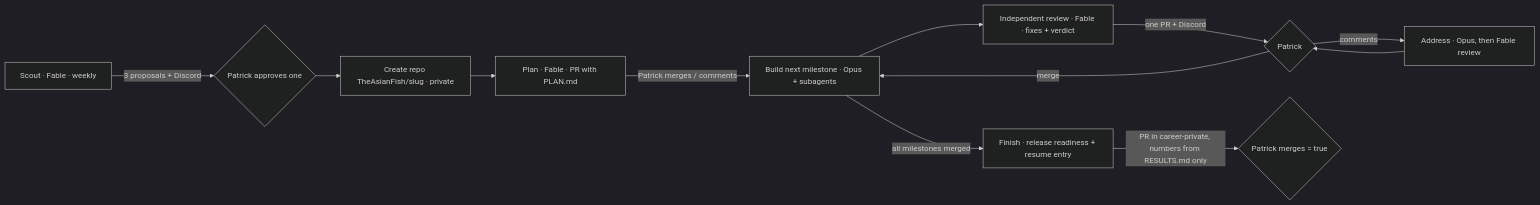
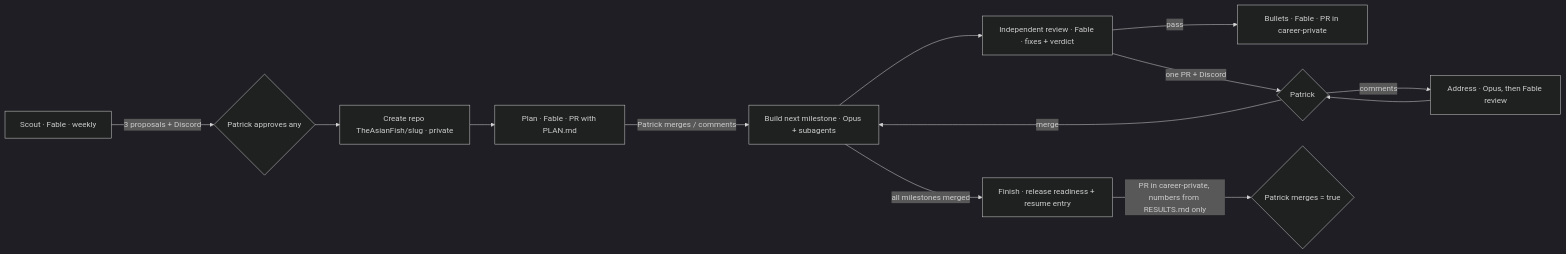
One commit to TheAsianFish/job-finder changed the diagram in docs/project-builder.md. Above: the diagram before and after it, drawn with Mermaid (dark theme). The commit also changed other lines of this file and 13 other files, not shown here.

````diff
--- a/docs/project-builder.md
+++ b/docs/project-builder.md
@@ -10,14 +10,15 @@
 ```mermaid
 flowchart LR
-  S[Scout · Fable · weekly] -->|3 proposals + Discord| P{Patrick approves one}
+  S[Scout · Fable · weekly] -->|3 proposals + Discord| P{Patrick approves any}
   P --> C[Create repo TheAsianFish/slug · private]
   C --> PL[Plan · Fable · PR with PLAN.md]
   PL -->|Patrick merges / comments| B[Build next milestone · Opus + subagents]
   B --> R[Independent review · Fable · fixes + verdict]
+  R -->|pass| BU[Bullets · Fable · PR in career-private]
   R -->|one PR + Discord| W{Patrick}
   W -->|comments| A[Address · Opus, then Fable review]
   A --> W
   W -->|merge| B
   B -->|all milestones merged| F[Finish · release readiness + resume entry]
   F -->|PR in career-private, numbers from RESULTS.md only| V{Patrick merges = true}
 ```
````
